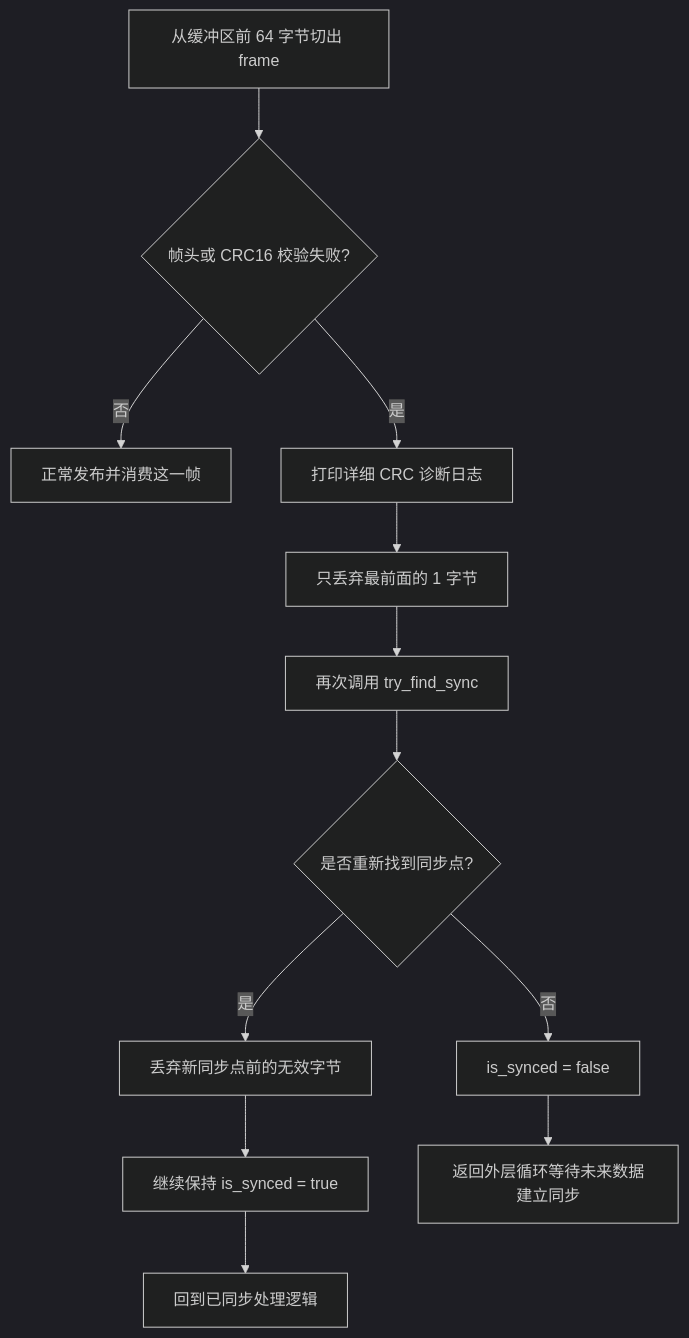
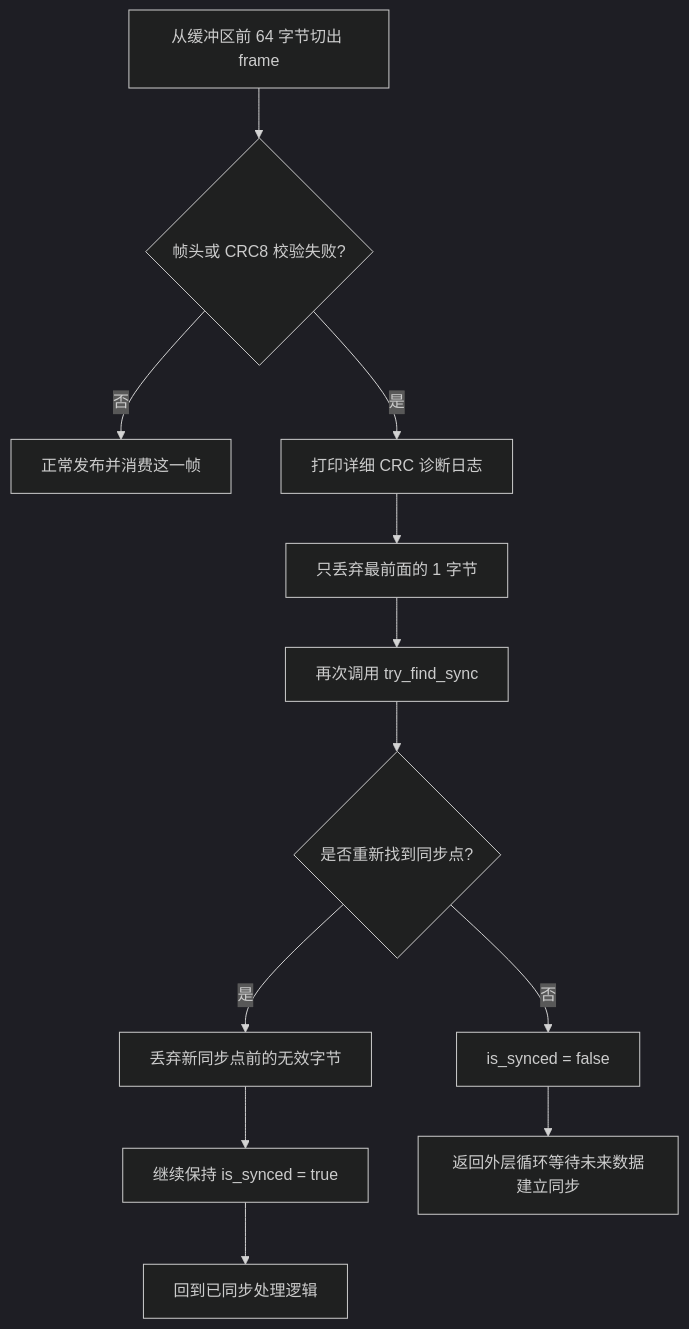
Before and after one commit to ecuster21/MissionComputerTeach: the second of 2 diagrams in docs/frame_sync/04_校验失败重同步.md, drawn with Mermaid (dark theme). The commit also changed other lines of this file and 16 other files, not shown here.

````diff
--- a/docs/frame_sync/04_校验失败重同步.md
+++ b/docs/frame_sync/04_校验失败重同步.md
@@ -24,14 +24,14 @@
 ```mermaid
 flowchart TB
-    A[从缓冲区前 64 字节切出 frame] --> B{帧头或 CRC16 校验失败?}
+    A[从缓冲区前 64 字节切出 frame] --> B{帧头或 CRC8 校验失败?}
     B -- 否 --> C[正常发布并消费这一帧]
     B -- 是 --> D[打印详细 CRC 诊断日志]
     D --> E[只丢弃最前面的 1 字节]
     E --> F[再次调用 try_find_sync]
     F --> G{是否重新找到同步点?}
     G -- 是 --> H[丢弃新同步点前的无效字节]
     H --> I[继续保持 is_synced = true]
     I --> J[回到已同步处理逻辑]
     G -- 否 --> K[is_synced = false]
     K --> L[返回外层循环等待未来数据建立同步]
 ```
````
